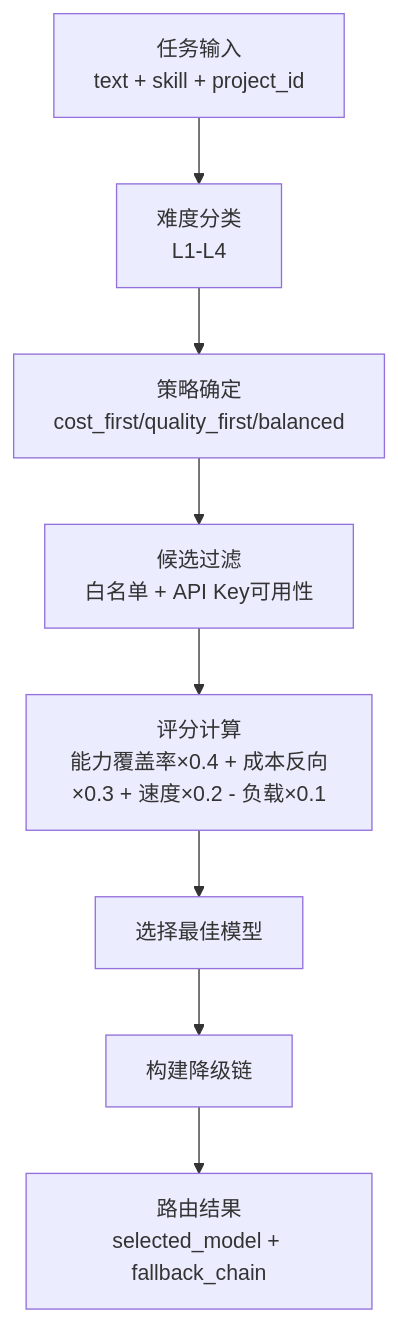
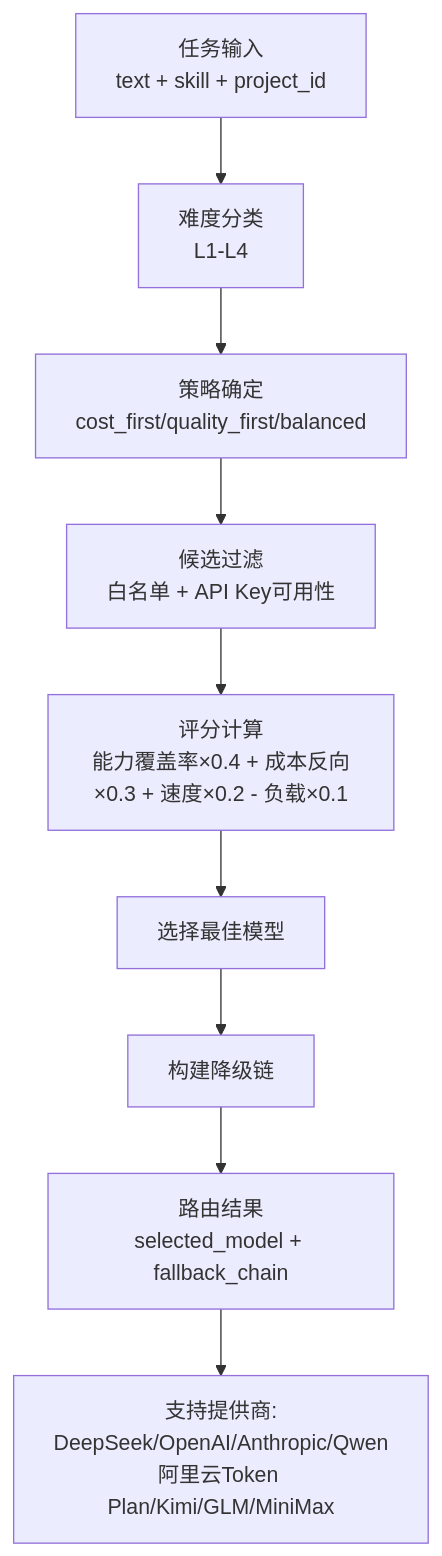
Before and after one commit to targalian/Personal-distributed-workstation: the eighth of 13 diagrams in .qoder/repowiki/zh/content/核心模块/核心模块.md, drawn with Mermaid. The commit also changed other lines of this file and 64 other files, not shown here.

````diff
--- a/.qoder/repowiki/zh/content/核心模块/核心模块.md
+++ b/.qoder/repowiki/zh/content/核心模块/核心模块.md
@@ -554,10 +575,11 @@
 ```mermaid
 flowchart TD
 INPUT["任务输入<br/>text + skill + project_id"] --> CLASS["难度分类<br/>L1-L4"]
 CLASS --> STRATEGY["策略确定<br/>cost_first/quality_first/balanced"]
 STRATEGY --> FILTER["候选过滤<br/>白名单 + API Key可用性"]
 FILTER --> SCORE["评分计算<br/>能力覆盖率×0.4 + 成本反向×0.3 + 速度×0.2 - 负载×0.1"]
 SCORE --> SELECT["选择最佳模型"]
 SELECT --> FALLBACK["构建降级链"]
 FALLBACK --> OUTPUT["路由结果<br/>selected_model + fallback_chain"]
+OUTPUT --> PROVIDERS["支持提供商:<br/>DeepSeek/OpenAI/Anthropic/Qwen<br/>阿里云Token Plan/Kimi/GLM/MiniMax"]
 ```
````
